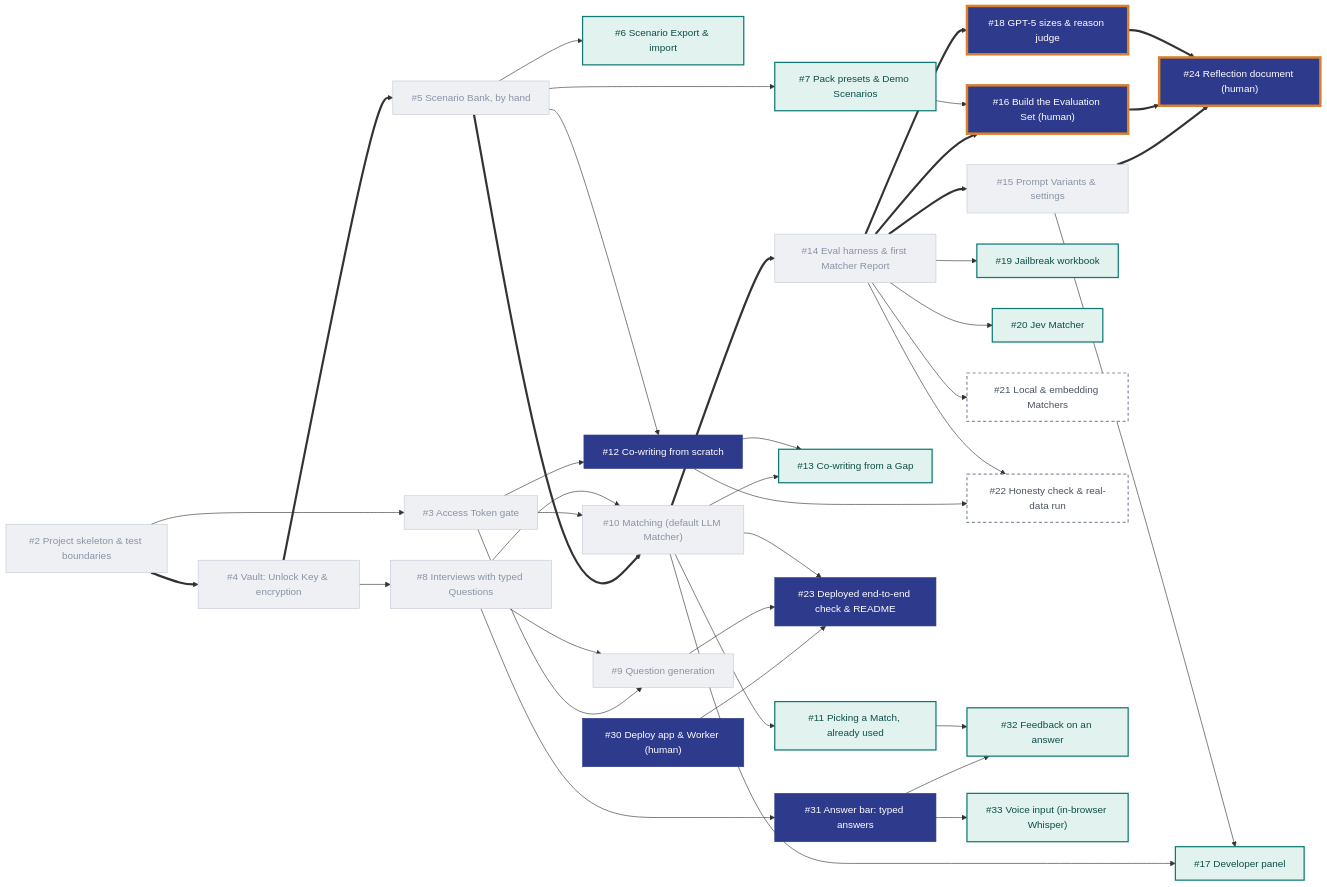
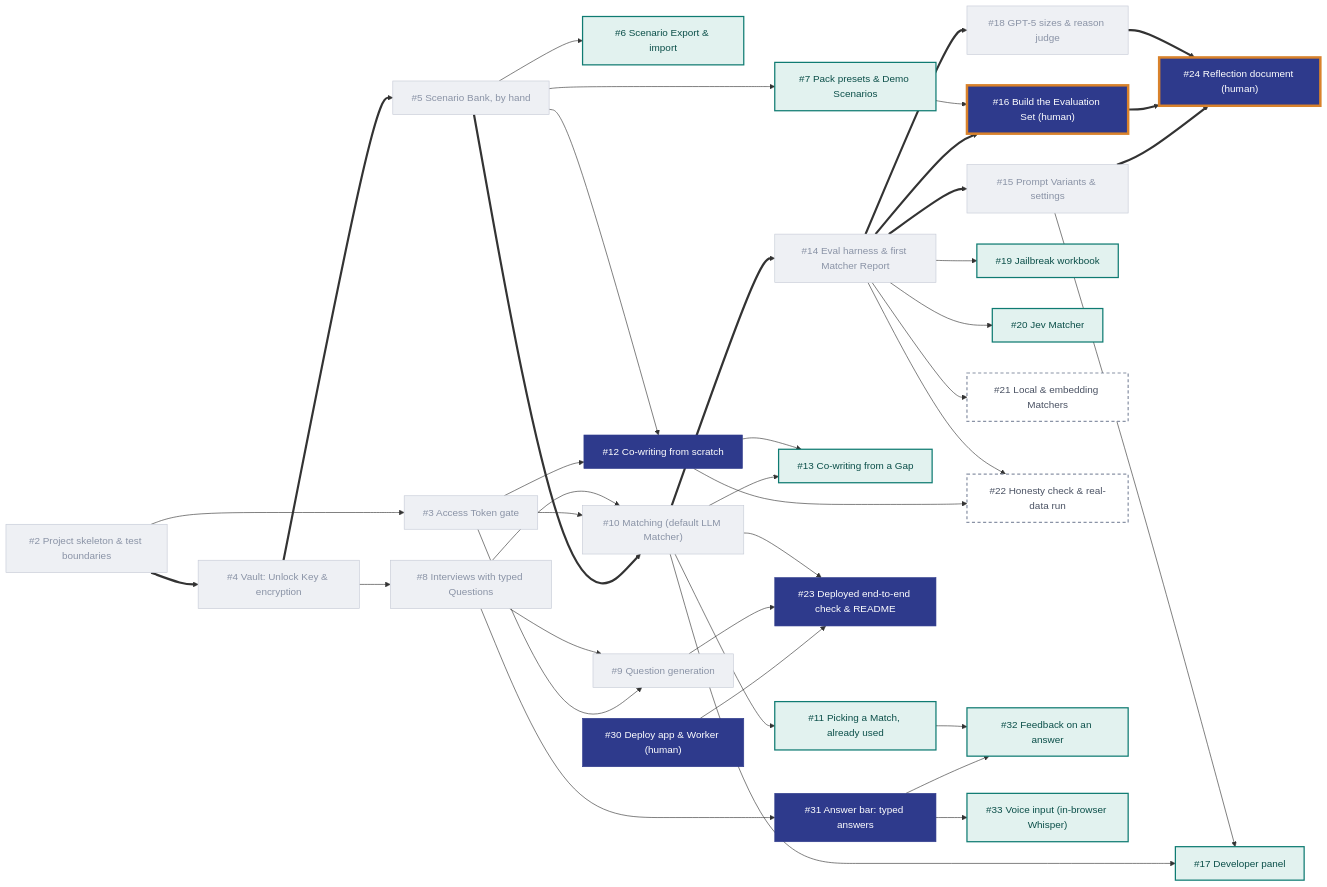
Before and after one commit to DerykHopley/interview-helper: the diagram in README.md, drawn with Mermaid. The commit also changed 25 other files, not shown here.

````diff
--- a/README.md
+++ b/README.md
@@ -13,63 +13,63 @@
 ```mermaid
 flowchart LR
   T2["#2 Project skeleton & test boundaries"]
   T3["#3 Access Token gate"]
   T4["#4 Vault: Unlock Key & encryption"]
   T5["#5 Scenario Bank, by hand"]
   T6["#6 Scenario Export & import"]
   T7["#7 Pack presets & Demo Scenarios"]
   T8["#8 Interviews with typed Questions"]
   T9["#9 Question generation"]
   T10["#10 Matching (default LLM Matcher)"]
   T11["#11 Picking a Match, already used"]
   T12["#12 Co-writing from scratch"]
   T13["#13 Co-writing from a Gap"]
   T14["#14 Eval harness & first Matcher Report"]
   T15["#15 Prompt Variants & settings"]
   T16["#16 Build the Evaluation Set (human)"]
   T17["#17 Developer panel"]
   T18["#18 GPT-5 sizes & reason judge"]
   T19["#19 Jailbreak workbook"]
   T20["#20 Jev Matcher"]
   T21["#21 Local & embedding Matchers"]
   T22["#22 Honesty check & real-data run"]
   T23["#23 Deployed end-to-end check & README"]
   T24["#24 Reflection document (human)"]
   T30["#30 Deploy app & Worker (human)"]
   T31["#31 Answer bar: typed answers"]
   T32["#32 Feedback on an answer"]
   T33["#33 Voice input (in-browser Whisper)"]
 
   %% critical path (thick arrows)
   T2 ==> T4 ==> T5 ==> T10 ==> T14
   T14 ==> T15 ==> T24
   T14 ==> T16 ==> T24
   T14 ==> T18 ==> T24
 
   %% other dependencies
   T2 --> T3
   T3 --> T9 & T10 & T12
   T4 --> T8
   T5 --> T6 & T7 & T12
   T8 --> T9 & T10 & T31
   T10 --> T11 & T13 & T17
   T12 --> T13 & T22
   T7 --> T16
   T14 --> T19 & T20 & T21 & T22
   T15 --> T17
   T31 --> T32 & T33
   T11 --> T32
   T30 & T9 & T10 --> T23
 
   classDef done fill:#EEF0F4,color:#8A93A6,stroke:#C5CAD6,stroke-width:1px
   classDef must fill:#2E3A8C,color:#fff,stroke:#2E3A8C
   classDef mustcrit fill:#2E3A8C,color:#fff,stroke:#D9822B,stroke-width:4px
   classDef should fill:#E2F2EF,color:#0B4F49,stroke:#0F7B72,stroke-width:2px
   classDef could fill:#fff,color:#4A5263,stroke:#8A93A6,stroke-width:2px,stroke-dasharray:5 4
 
-  class T2,T3,T4,T5,T8,T9,T10,T14,T15 done
-  class T16,T18,T24 mustcrit
+  class T2,T3,T4,T5,T8,T9,T10,T14,T15,T18 done
+  class T16,T24 mustcrit
   class T12,T23,T30,T31 must
   class T6,T7,T11,T13,T17,T19,T20,T32,T33 should
   class T21,T22 could
 ```
````
